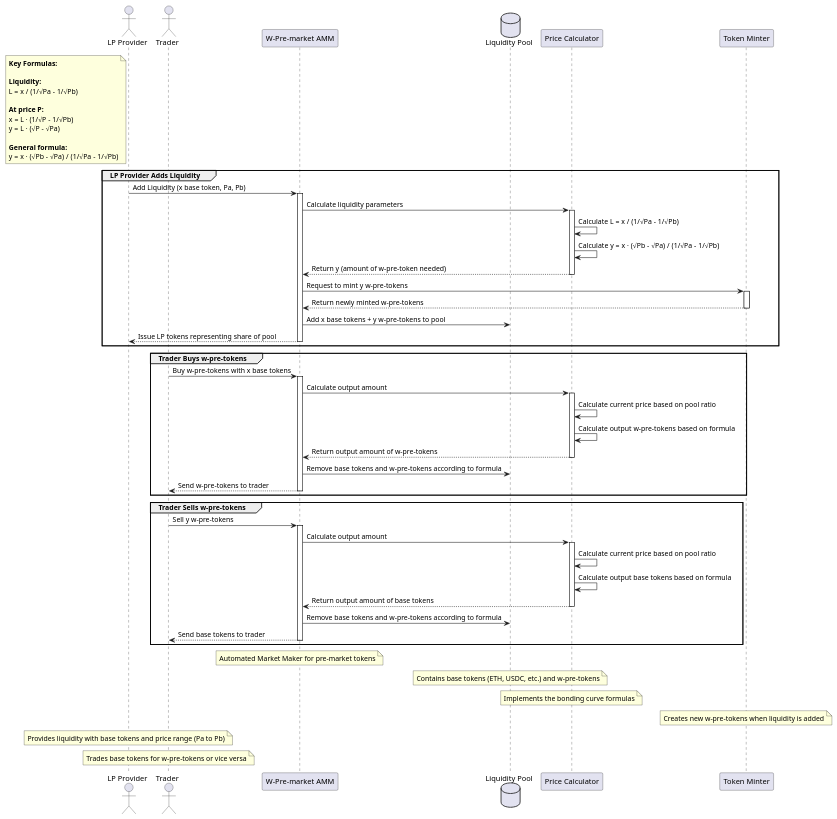
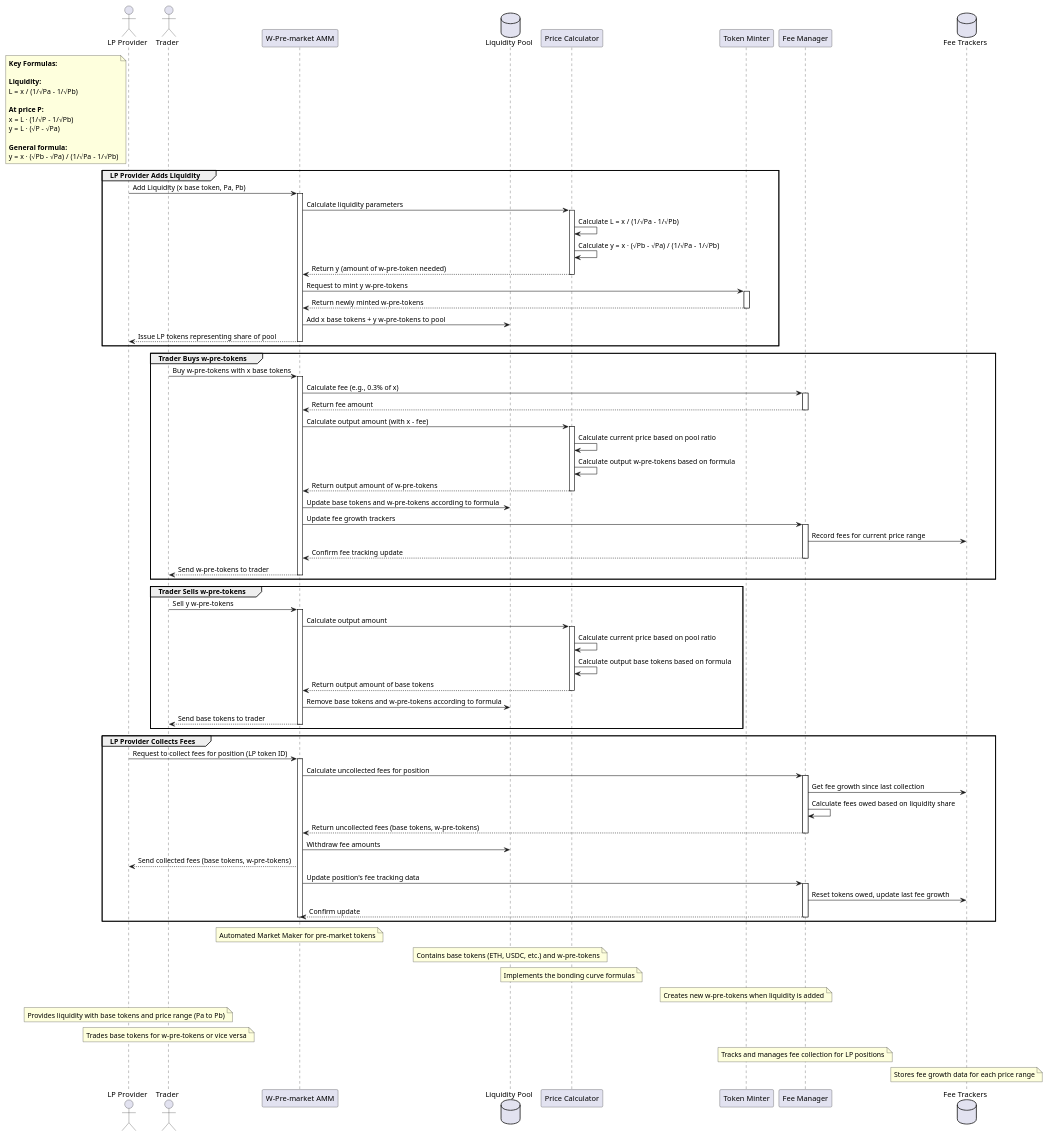
Before and after one commit to nierdna/hermit-diagrams: the diagram in whales/w_pre_market_amm.wsd, drawn with PlantUML. The commit also changed 2 other files, not shown here.

Commit message:
Add Fee Management to W-Pre-market AMM Documentation
Enhance AMM documentation with comprehensive fee management features:
- Update class diagram to include fee tracking and collection mechanisms
- Add FeeManager component to system architecture
- Extend sequence diagram with fee calculation and collection flows
- Introduce fee growth tracking and position-specific fee management

```diff
--- a/whales/w_pre_market_amm.wsd
+++ b/whales/w_pre_market_amm.wsd
@@ -1,105 +1,146 @@
 @startuml W-Pre-market AMM System
 
 ' Define participants
 actor "LP Provider" as LPProvider
 actor "Trader" as Trader
 participant "W-Pre-market AMM" as AMM
 database "Liquidity Pool" as Pool
 participant "Price Calculator" as Calculator
 participant "Token Minter" as Minter
+participant "Fee Manager" as FeeManager
+database "Fee Trackers" as FeeTrackers
 
 ' Style
 skinparam sequence {
     ParticipantBackgroundColor LightBlue
     ActorBackgroundColor LightGreen
     DatabaseBackgroundColor LightPink
     LifeLineColor Gray
     BorderColor Black
 }
 
 ' Define mathematical formulas as notes
 note left of LPProvider
   <b>Key Formulas:</b>
   
   <b>Liquidity:</b>
   L = x / (1/√Pa - 1/√Pb)
   
   <b>At price P:</b>
   x = L · (1/√P - 1/√Pb)
   y = L · (√P - √Pa)
   
   <b>General formula:</b>
   y = x · (√Pb - √Pa) / (1/√Pa - 1/√Pb)
 end note
 
 ' LP Provider Flow
 group LP Provider Adds Liquidity
     LPProvider -> AMM: Add Liquidity (x base token, Pa, Pb)
     activate AMM
     
     AMM -> Calculator: Calculate liquidity parameters
     activate Calculator
     
     Calculator -> Calculator: Calculate L = x / (1/√Pa - 1/√Pb)
     Calculator -> Calculator: Calculate y = x · (√Pb - √Pa) / (1/√Pa - 1/√Pb)
     Calculator --> AMM: Return y (amount of w-pre-token needed)
     deactivate Calculator
     
     AMM -> Minter: Request to mint y w-pre-tokens
     activate Minter
     Minter --> AMM: Return newly minted w-pre-tokens
     deactivate Minter
     
     AMM -> Pool: Add x base tokens + y w-pre-tokens to pool
     AMM --> LPProvider: Issue LP tokens representing share of pool
     
     deactivate AMM
 end
 
 ' Trader Flow - Buy w-pre-tokens
 group Trader Buys w-pre-tokens
     Trader -> AMM: Buy w-pre-tokens with x base tokens
     activate AMM
     
-    AMM -> Calculator: Calculate output amount
+    AMM -> FeeManager: Calculate fee (e.g., 0.3% of x)
+    activate FeeManager
+    FeeManager --> AMM: Return fee amount
+    deactivate FeeManager
+    
+    AMM -> Calculator: Calculate output amount (with x - fee)
     activate Calculator
     
     Calculator -> Calculator: Calculate current price based on pool ratio
     Calculator -> Calculator: Calculate output w-pre-tokens based on formula
     Calculator --> AMM: Return output amount of w-pre-tokens
     deactivate Calculator
     
-    AMM -> Pool: Remove base tokens and w-pre-tokens according to formula
+    AMM -> Pool: Update base tokens and w-pre-tokens according to formula
+    
+    AMM -> FeeManager: Update fee growth trackers
+    activate FeeManager
+    FeeManager -> FeeTrackers: Record fees for current price range
+    FeeManager --> AMM: Confirm fee tracking update
+    deactivate FeeManager
+    
     AMM --> Trader: Send w-pre-tokens to trader
     
     deactivate AMM
 end
 
 ' Trader Flow - Sell w-pre-tokens
 group Trader Sells w-pre-tokens
     Trader -> AMM: Sell y w-pre-tokens
     activate AMM
     
     AMM -> Calculator: Calculate output amount
     activate Calculator
     
     Calculator -> Calculator: Calculate current price based on pool ratio
     Calculator -> Calculator: Calculate output base tokens based on formula
     Calculator --> AMM: Return output amount of base tokens
     deactivate Calculator
     
     AMM -> Pool: Remove base tokens and w-pre-tokens according to formula
     AMM --> Trader: Send base tokens to trader
     
     deactivate AMM
 end
 
+' Add a new flow for fee collection
+group LP Provider Collects Fees
+    LPProvider -> AMM: Request to collect fees for position (LP token ID)
+    activate AMM
+    
+    AMM -> FeeManager: Calculate uncollected fees for position
+    activate FeeManager
+    
+    FeeManager -> FeeTrackers: Get fee growth since last collection
+    FeeManager -> FeeManager: Calculate fees owed based on liquidity share
+    FeeManager --> AMM: Return uncollected fees (base tokens, w-pre-tokens)
+    deactivate FeeManager
+    
+    AMM -> Pool: Withdraw fee amounts
+    AMM --> LPProvider: Send collected fees (base tokens, w-pre-tokens)
+    
+    AMM -> FeeManager: Update position's fee tracking data
+    activate FeeManager
+    FeeManager -> FeeTrackers: Reset tokens owed, update last fee growth
+    FeeManager --> AMM: Confirm update
+    deactivate FeeManager
+    
+    deactivate AMM
+end
+
 ' Add notes
 note over AMM: Automated Market Maker for pre-market tokens
 note over Pool: Contains base tokens (ETH, USDC, etc.) and w-pre-tokens
 note over Calculator: Implements the bonding curve formulas
 note over Minter: Creates new w-pre-tokens when liquidity is added
 note over LPProvider: Provides liquidity with base tokens and price range (Pa to Pb)
 note over Trader: Trades base tokens for w-pre-tokens or vice versa
+note over FeeManager: Tracks and manages fee collection for LP positions
+note over FeeTrackers: Stores fee growth data for each price range
 
 @enduml 
```
